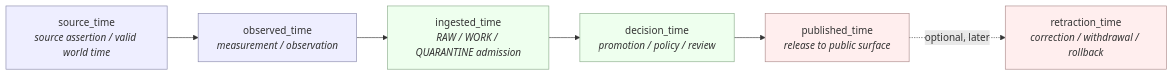
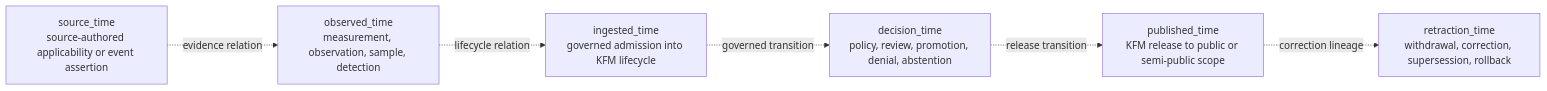
Before and after one commit to bartytime4life/Kansas-Frontier-Matrix: the first of 3 diagrams in docs/adr/ADR-0014-temporal-vocabulary--six-time-kinds-tracked.md, drawn with Mermaid. The commit also changed other lines of this file, not shown here.

````diff
--- a/docs/adr/ADR-0014-temporal-vocabulary--six-time-kinds-tracked.md
+++ b/docs/adr/ADR-0014-temporal-vocabulary--six-time-kinds-tracked.md
@@ -139,15 +259,15 @@
 ```mermaid
 flowchart LR
-  A["source_time<br/><i>source assertion / valid world time</i>"] --> B["observed_time<br/><i>measurement / observation</i>"]
-  B --> C["ingested_time<br/><i>RAW / WORK / QUARANTINE admission</i>"]
-  C --> D["decision_time<br/><i>promotion / policy / review</i>"]
-  D --> E["published_time<br/><i>release to public surface</i>"]
-  E -.->|optional, later| F["retraction_time<br/><i>correction / withdrawal / rollback</i>"]
+    S["source_time<br/>source-authored applicability or event assertion"]
+    O["observed_time<br/>measurement, observation, sample, detection"]
+    I["ingested_time<br/>governed admission into KFM lifecycle"]
+    D["decision_time<br/>policy, review, promotion, denial, abstention"]
+    P["published_time<br/>KFM release to public or semi-public scope"]
+    R["retraction_time<br/>withdrawal, correction, supersession, rollback"]
 
-  classDef external fill:#eef,stroke:#88a;
-  classDef internal fill:#efe,stroke:#8a8;
-  classDef release  fill:#fee,stroke:#a88;
-  class A,B external
-  class C,D internal
-  class E,F release
+    S -. evidence relation .-> O
+    O -. lifecycle relation .-> I
+    I -. governed transition .-> D
+    D -. release transition .-> P
+    P -. correction lineage .-> R
 ```
````
